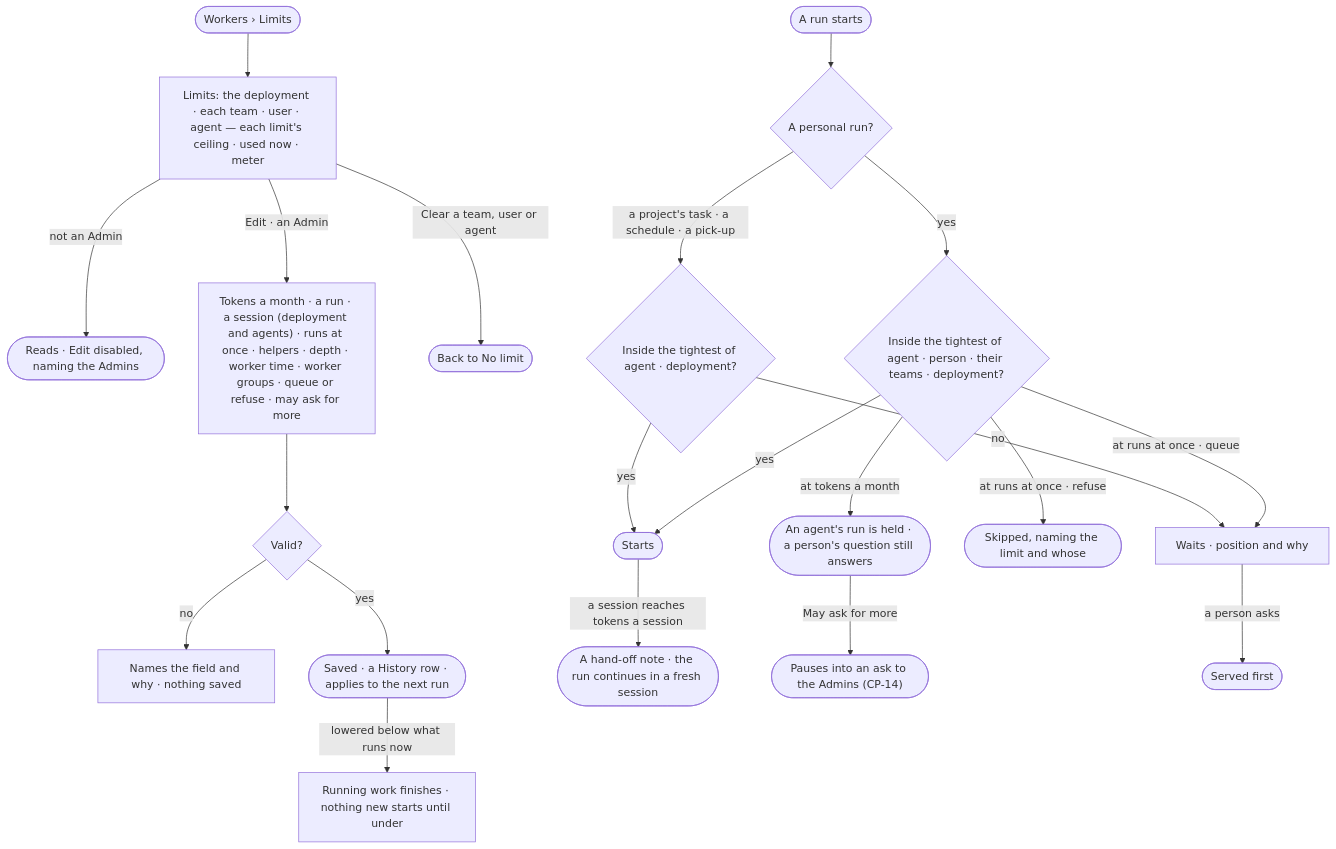
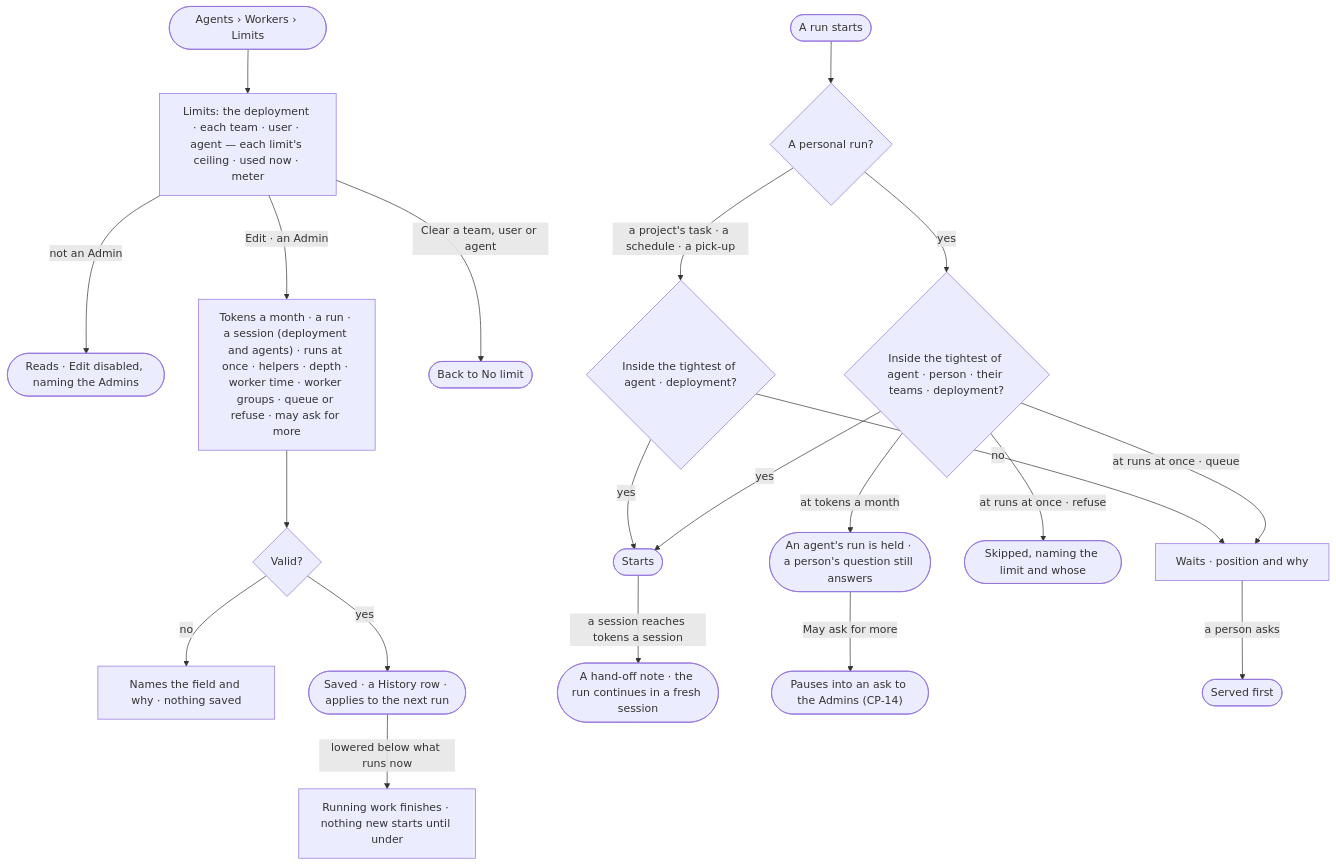
Before and after one commit to invana/invana: the diagram in specs/os/control/features/CP-F04-limits/stories/CP-11-set-limits-for-the-deployment-a-team-a-user-or-an-agent/story.md, drawn with Mermaid. The commit also changed other lines of this file and 106 other files, not shown here.

````diff
--- a/specs/os/control/features/CP-F04-limits/stories/CP-11-set-limits-for-the-deployment-a-team-a-user-or-an-agent/story.md
+++ b/specs/os/control/features/CP-F04-limits/stories/CP-11-set-limits-for-the-deployment-a-team-a-user-or-an-agent/story.md
@@ -27,23 +27,23 @@
 ```mermaid
 flowchart TD
-  s([Workers › Limits]) --> t["Limits: the deployment · each team · user · agent — each limit's ceiling · used now · meter"]
+  s([Agents › Workers › Limits]) --> t["Limits: the deployment · each team · user · agent — each limit's ceiling · used now · meter"]
   t -->|not an Admin| ro(["Reads · Edit disabled, naming the Admins"])
   t -->|Edit · an Admin| e["Tokens a month · a run · a session (deployment and agents) · runs at once · helpers · depth · worker time · worker groups · queue or refuse · may ask for more"]
   e --> v{"Valid?"}
   v -->|no| vf["Names the field and why · nothing saved"]
   v -->|yes| sv(["Saved · a History row · applies to the next run"])
   sv -->|lowered below what runs now| lo["Running work finishes · nothing new starts until under"]
   t -->|Clear a team, user or agent| cl(["Back to No limit"])
   run([A run starts]) --> pr{"A personal run?"}
   pr -->|yes| b{"Inside the tightest of agent · person · their teams · deployment?"}
   pr -->|a project's task · a schedule · a pick-up| b2{"Inside the tightest of agent · deployment?"}
   b2 -->|yes| go
   b2 -->|no| q
   go -->|a session reaches tokens a session| ct(["A hand-off note · the run continues in a fresh session"])
   b -->|yes| go(["Starts"])
   b -->|at runs at once · queue| q["Waits · position and why"]
   b -->|at runs at once · refuse| r(["Skipped, naming the limit and whose"])
   b -->|at tokens a month| h(["An agent's run is held · a person's question still answers"])
   h -->|May ask for more| ask(["Pauses into an ask to the Admins (CP-14)"])
   q -->|a person asks| p(["Served first"])
 ```
````
